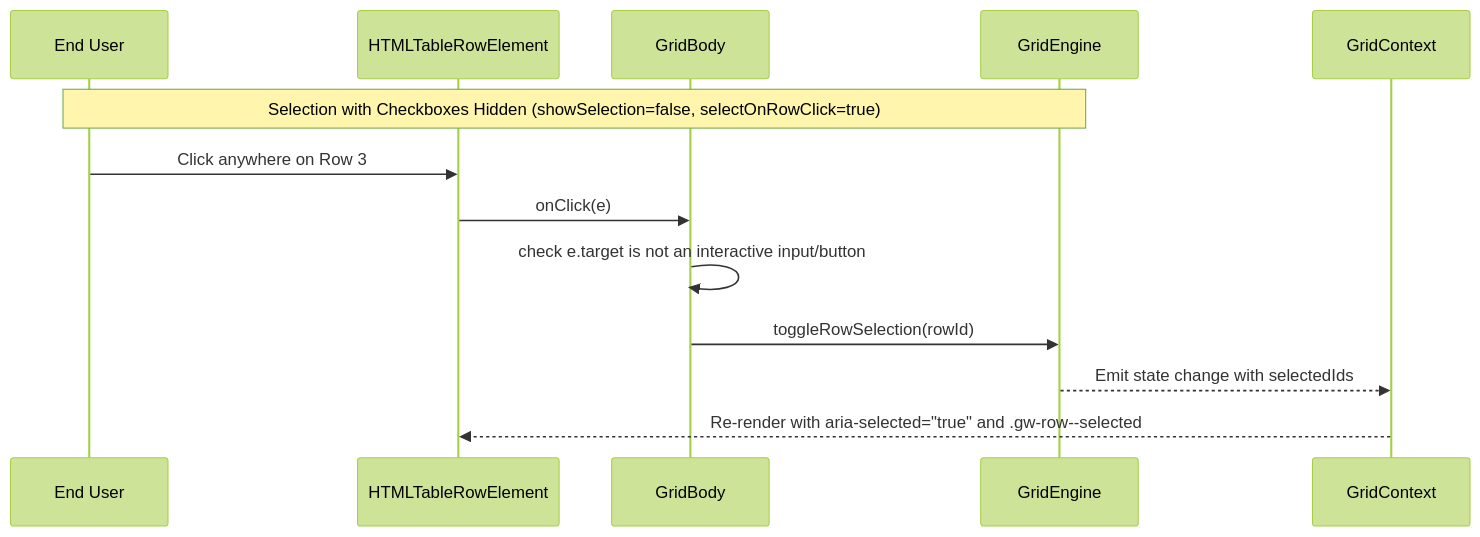
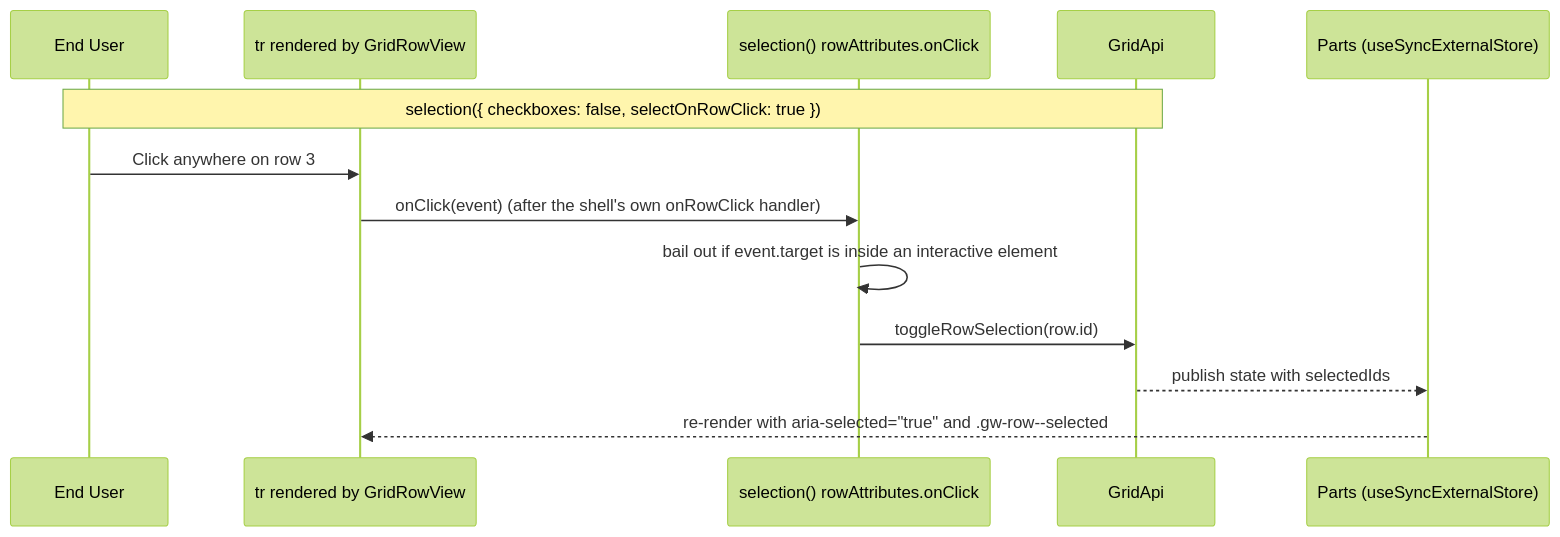
The diagram in specs/selection-controls/plan.md (yaotzin1/apsw-gridwright), drawn with Mermaid (forest theme) before and after one commit. The commit also changed other lines of this file and 201 other files, not shown here.

````diff
--- a/specs/selection-controls/plan.md
+++ b/specs/selection-controls/plan.md
@@ -15,16 +18,16 @@
 ```mermaid
 sequenceDiagram
     participant User as End User
-    participant Row as HTMLTableRowElement
-    participant Body as GridBody
-    participant Engine as GridEngine
-    participant Context as GridContext
+    participant Row as tr rendered by GridRowView
+    participant Addon as selection() rowAttributes.onClick
+    participant Engine as GridApi
+    participant Shell as Parts (useSyncExternalStore)
 
-    Note over User,Engine: Selection with Checkboxes Hidden (showSelection=false, selectOnRowClick=true)
-    User->>Row: Click anywhere on Row 3
-    Row->>Body: onClick(e)
-    Body->>Body: check e.target is not an interactive input/button
-    Body->>Engine: toggleRowSelection(rowId)
-    Engine-->>Context: Emit state change with selectedIds
-    Context-->>Row: Re-render with aria-selected="true" and .gw-row--selected
+    Note over User,Engine: selection({ checkboxes: false, selectOnRowClick: true })
+    User->>Row: Click anywhere on row 3
+    Row->>Addon: onClick(event) (after the shell's own onRowClick handler)
+    Addon->>Addon: bail out if event.target is inside an interactive element
+    Addon->>Engine: toggleRowSelection(row.id)
+    Engine-->>Shell: publish state with selectedIds
+    Shell-->>Row: re-render with aria-selected="true" and .gw-row--selected
 ```
````
